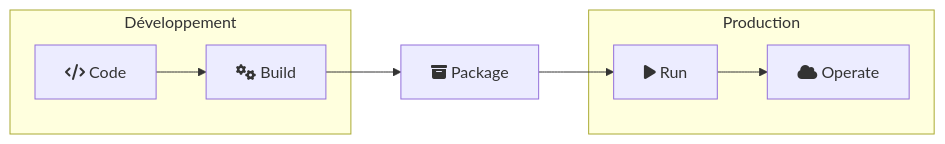
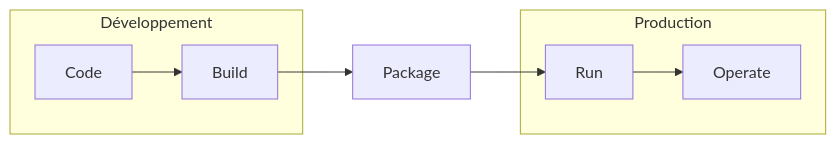
The first of 2 diagrams in static/slide/artifact.md (blueur/dop-24), drawn with Mermaid before and after one commit. The commit also changed other lines of this file and 5 other files, not shown here.

````diff
--- a/static/slide/artifact.md
+++ b/static/slide/artifact.md
@@ -9,10 +9,10 @@
 ```mermaid
 flowchart LR
 subgraph "Développement"
-  code[fas:fa-code Code]-->build[fas:fa-cogs Build]
+  code[<i class="ph ph-code"></i> Code]-->build[<i class="ph ph-wrench"></i> Build]
 end
-  build-->package[fas:fa-archive Package]-->run
+  build-->package[<i class="ph ph-package"></i> Package]-->run
 subgraph "Production"
-  run[fas:fa-play Run]-->deploy[fas:fa-cloud Operate]
+  run[<i class="ph ph-play"></i> Run]-->deploy[<i class="ph ph-cloud"></i> Operate]
 end
 ```
````
